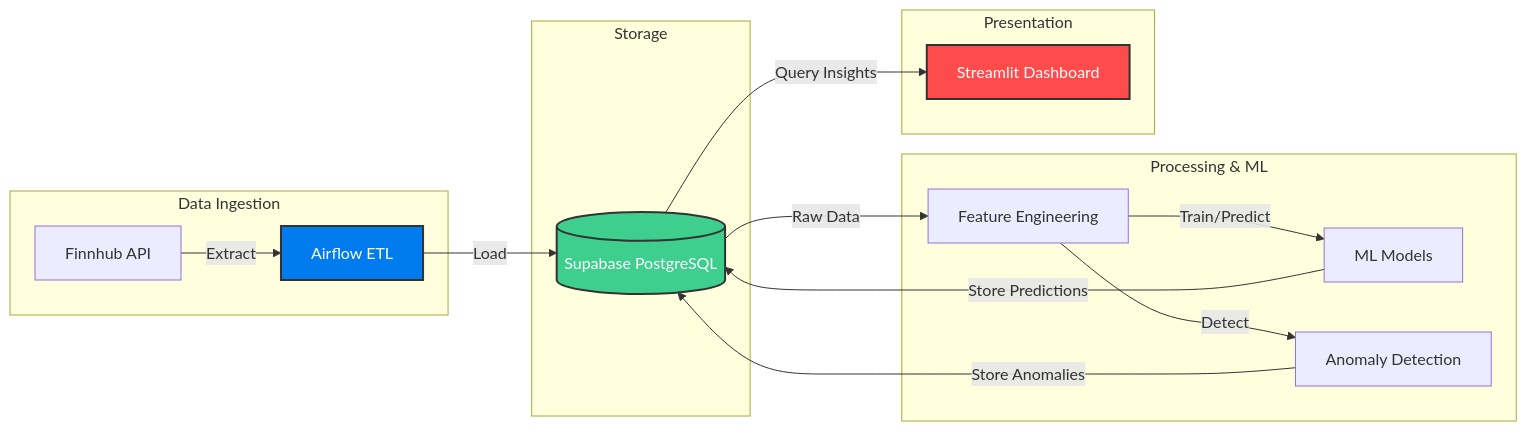
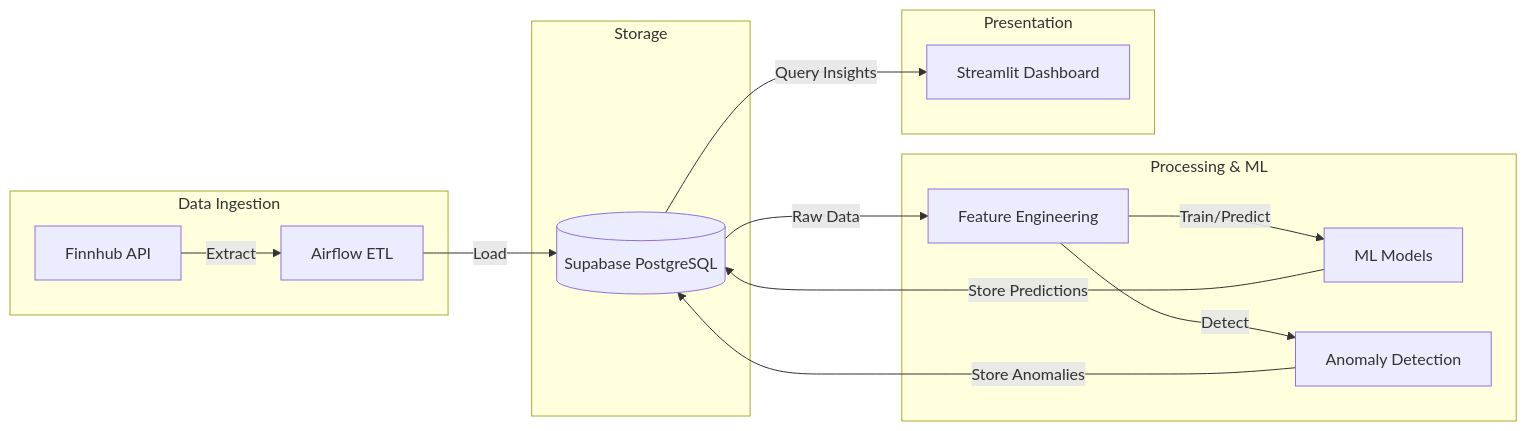
Before and after one commit to NishanthPechimuthu/ML-Powered-Stock-Market-Analytics-Pipeline: the diagram in README.md, drawn with Mermaid. The commit also changed other lines of this file, not shown here.

````diff
--- a/README.md
+++ b/README.md
@@ -17,23 +17,19 @@
 ```mermaid
 graph LR
     subgraph Data Ingestion
         A[Finnhub API] -->|Extract| B[Airflow ETL]
     end
     subgraph Storage
         B -->|Load| C[(Supabase PostgreSQL)]
     end
     subgraph Processing & ML
         C -->|Raw Data| D[Feature Engineering]
         D -->|Train/Predict| E[ML Models]
         E -->|Store Predictions| C
         D -->|Detect| G[Anomaly Detection]
         G -->|Store Anomalies| C
     end
     subgraph Presentation
         C -->|Query Insights| H[Streamlit Dashboard]
     end
-    
-    style C fill:#3ECF8E,stroke:#333,stroke-width:2px,color:#fff
-    style H fill:#FF4B4B,stroke:#333,stroke-width:2px,color:#fff
-    style B fill:#017CEE,stroke:#333,stroke-width:2px,color:#fff
 ```
````
